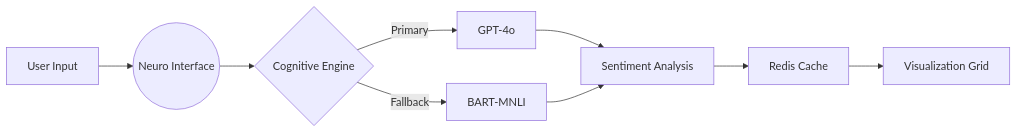
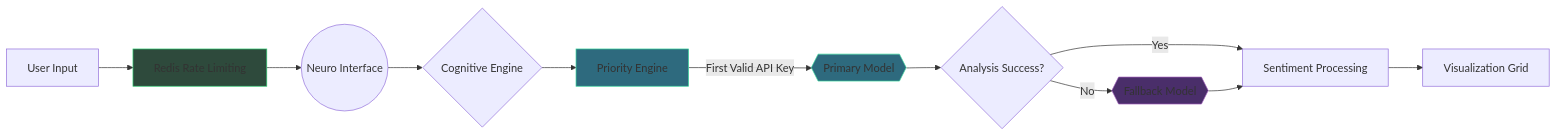
The diagram in README.md (ahmedjidar/SentinelSift-social-media-sentiment-analyzer), drawn with Mermaid before and after one commit. The commit also changed other lines of this file and 1 other file, not shown here.

````diff
--- a/README.md
+++ b/README.md
@@ -83,11 +94,21 @@
 ```mermaid
 graph LR
-  A[User Input] --> B((Neuro Interface))
-  B --> C{Cognitive Engine}
-  C -->|Primary| D[GPT-4o]
-  C -->|Fallback| E[BART-MNLI]
-  D --> F[Sentiment Analysis]
-  E --> F
-  F --> G[Redis Cache]
-  G --> H[Visualization Grid]
+  A[User Input] --> B[Redis Rate Limiting]
+  B --> C((Neuro Interface))
+  C --> D{Cognitive Engine}
+  D --> E[Priority Engine]
+  E -->|First Valid API Key| F{{Primary Model}}
+  F --> G{Analysis Success?}
+  G -->|Yes| H[Sentiment Processing]
+  G -->|No| I{{Fallback Model}}
+  I --> H
+  H --> J[Visualization Grid]
+  
+  classDef dynamic fill:#2e6a7e,stroke:#34d399;
+  classDef fallback fill:#4a2e6a,stroke:#9b59b6;
+  classDef storage fill:#2e4a3c,stroke:#2ecc71;
+  
+  class B storage;
+  class E,F dynamic;
+  class I fallback;
 ```
````
